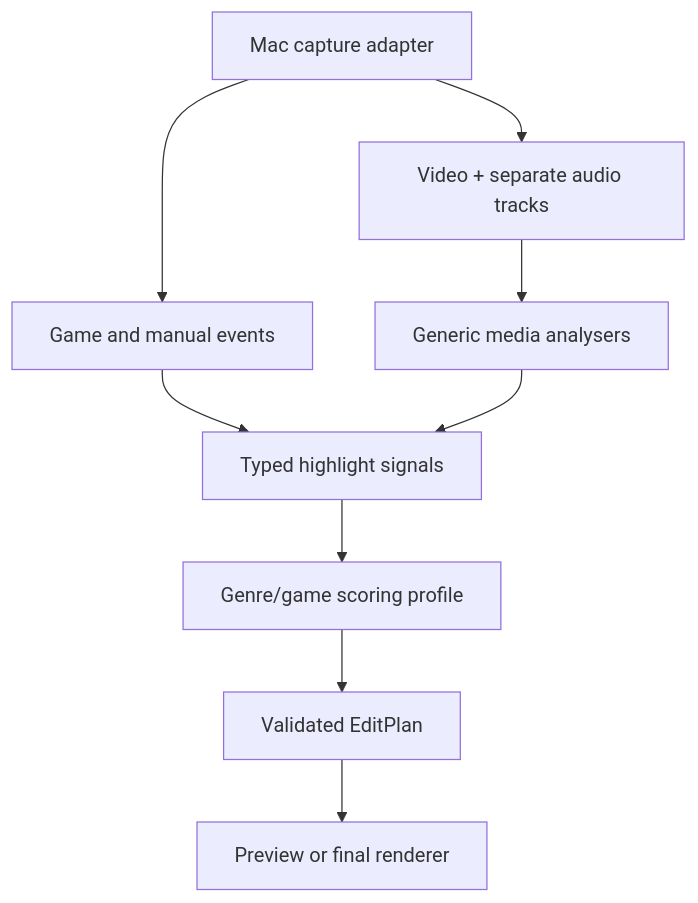
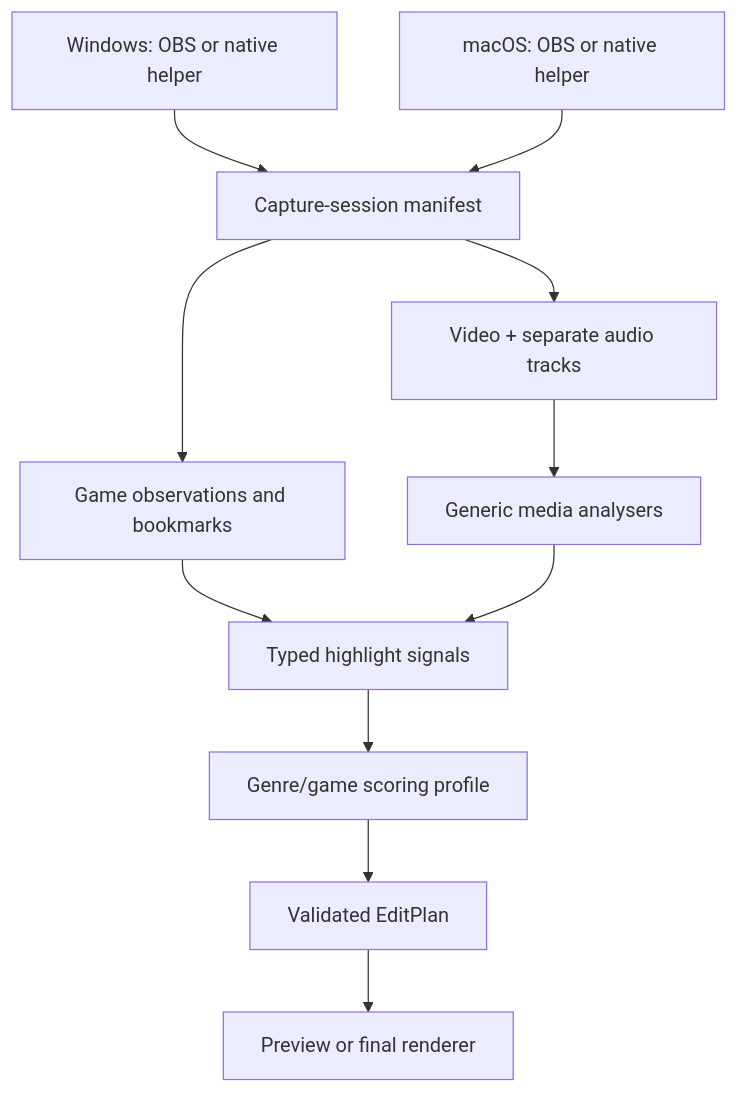
One commit to matthewli-lkm/video-edit-automation changed the diagram in docs/GAMING_ARCHITECTURE.md. Above: the diagram before and after it, drawn with Mermaid. The commit also changed other lines of this file and 17 other files, not shown here.

````diff
--- a/docs/GAMING_ARCHITECTURE.md
+++ b/docs/GAMING_ARCHITECTURE.md
@@ -22,11 +22,13 @@
 ```mermaid
 flowchart TD
-    C["Mac capture adapter"] --> M["Video + separate audio tracks"]
-    C --> E["Game and manual events"]
-    M --> A["Generic media analysers"]
+    W["Windows: OBS or native helper"] --> C["Capture-session manifest"]
+    M["macOS: OBS or native helper"] --> C
+    C --> V["Video + separate audio tracks"]
+    C --> E["Game observations and bookmarks"]
+    V --> A["Generic media analysers"]
     E --> S["Typed highlight signals"]
     A --> S
     S --> H["Genre/game scoring profile"]
     H --> P["Validated EditPlan"]
     P --> R["Preview or final renderer"]
 ```
````
